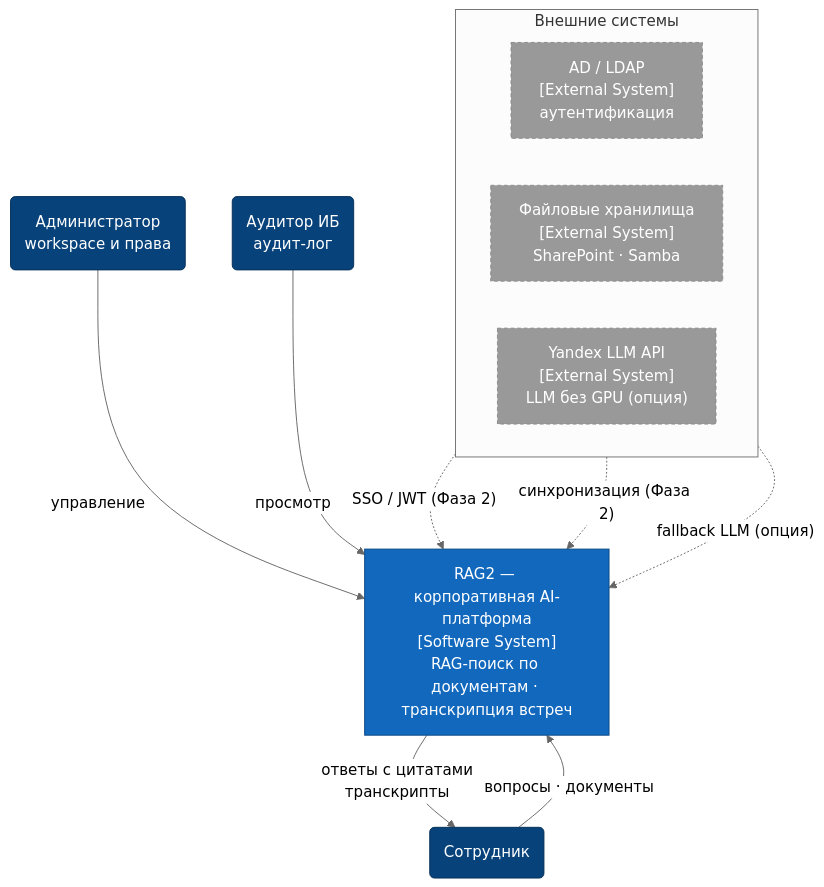
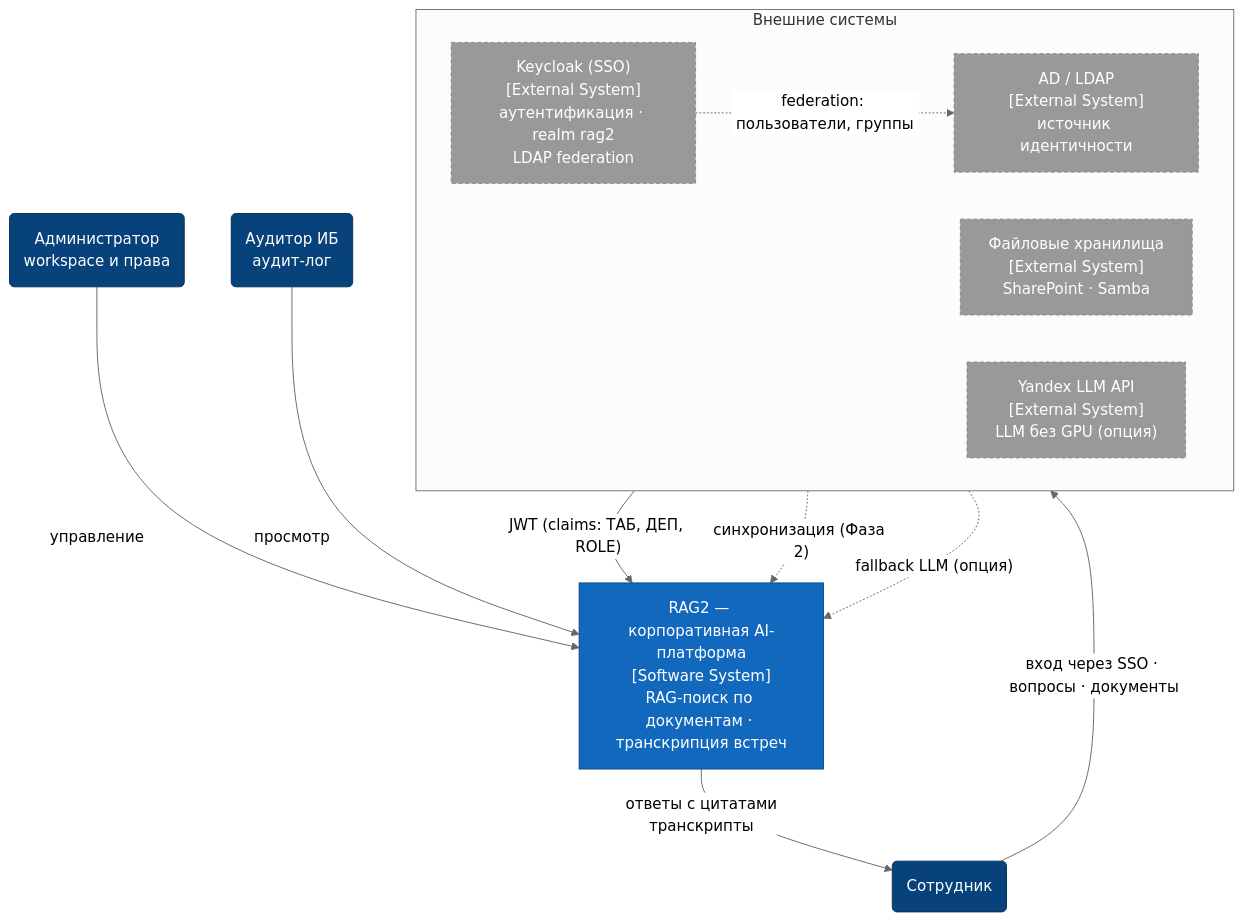
The diagram in docs/c4/01_C4_Context.md (VladislavK777/ai_rag2_assistant), drawn with Mermaid (neutral theme) before and after one commit. The commit also changed other lines of this file and 29 other files, not shown here.

````diff
--- a/docs/c4/01_C4_Context.md
+++ b/docs/c4/01_C4_Context.md
@@ -5,28 +5,30 @@
 ```mermaid
 flowchart TB
     classDef person fill:#08427B,stroke:#052E56,color:#fff
     classDef system fill:#1168BD,stroke:#0B4884,color:#fff
     classDef external fill:#999999,stroke:#8A8A8A,color:#fff,stroke-dasharray:4 3
 
     U("Сотрудник"):::person
     A("Администратор<br/>workspace и права"):::person
     I("Аудитор ИБ<br/>аудит-лог"):::person
 
     RS["RAG2 — корпоративная AI-платформа<br/>[Software System]<br/>RAG-поиск по документам · транскрипция встреч"]:::system
 
     subgraph EXT["Внешние системы"]
         direction LR
-        LDAP["AD / LDAP<br/>[External System]<br/>аутентификация"]:::external
+        KC["Keycloak (SSO)<br/>[External System]<br/>аутентификация · realm rag2<br/>LDAP federation"]:::external
+        LDAP["AD / LDAP<br/>[External System]<br/>источник идентичности"]:::external
         FS["Файловые хранилища<br/>[External System]<br/>SharePoint · Samba"]:::external
         YAN["Yandex LLM API<br/>[External System]<br/>LLM без GPU (опция)"]:::external
     end
 
-    U -->|"вопросы · документы"| RS
+    U -->|"вход через SSO · вопросы · документы"| KC
+    KC -->|"JWT (claims: ТАБ, ДЕП, ROLE)"| RS
     RS -->|"ответы с цитатами<br/>транскрипты"| U
     A -->|"управление"| RS
     I -->|"просмотр"| RS
 
-    LDAP -.->|"SSO / JWT (Фаза 2)"| RS
+    KC -.->|"federation: пользователи, группы"| LDAP
     FS -.->|"синхронизация (Фаза 2)"| RS
     YAN -.->|"fallback LLM (опция)"| RS
 ```
````
